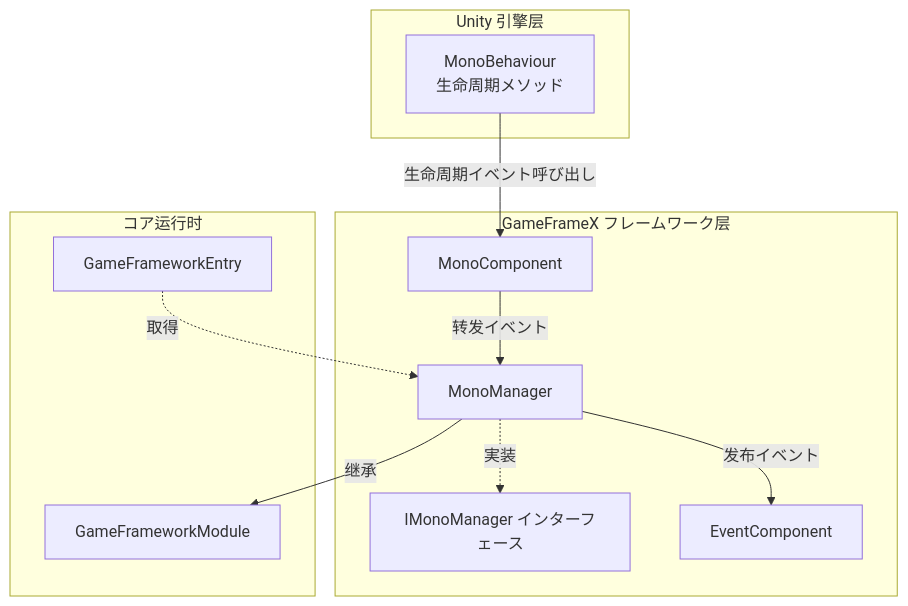
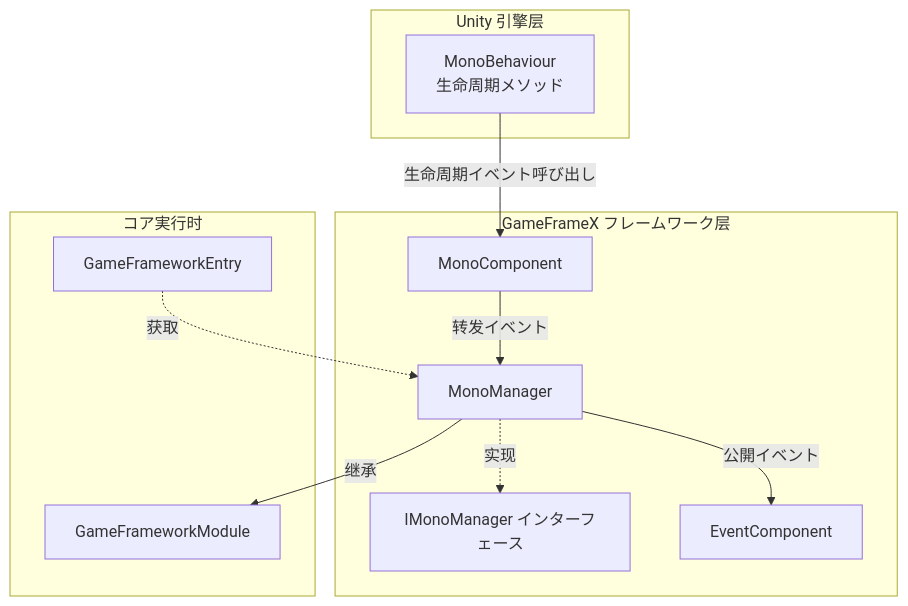
The first of 3 diagrams in docs/ja/client/unity/component/mono/06.monomanager.md (AlianBlank/GameFrameX.Docs), drawn with Mermaid before and after one commit. The commit also changed other lines of this file and 320 other files, not shown here.

````diff
--- a/docs/ja/client/unity/component/mono/06.monomanager.md
+++ b/docs/ja/client/unity/component/mono/06.monomanager.md
@@ -20,25 +20,25 @@
 ```mermaid
 graph TD
     subgraph Unity["Unity 引擎层"]
         MB[MonoBehaviour<br/>生命周期メソッド]
     end
 
     subgraph GameFrameX["GameFrameX フレームワーク层"]
         MC[MonoComponent]
         MM[MonoManager]
         IM[IMonoManager インターフェース]
         EC[EventComponent]
     end
 
-    subgraph Core["コア运行时"]
+    subgraph Core["コア実行时"]
         GFM[GameFrameworkModule]
         GFE[GameFrameworkEntry]
     end
 
     MB -->|"生命周期イベント呼び出し"| MC
     MC -->|"转发イベント"| MM
-    MM -.->|"実装"| IM
+    MM -.->|"实现"| IM
     MM -->|"继承"| GFM
-    GFE -.->|"取得"| MM
-    MM -->|"发布イベント"| EC
+    GFE -.->|"获取"| MM
+    MM -->|"公開イベント"| EC
 ```
````
